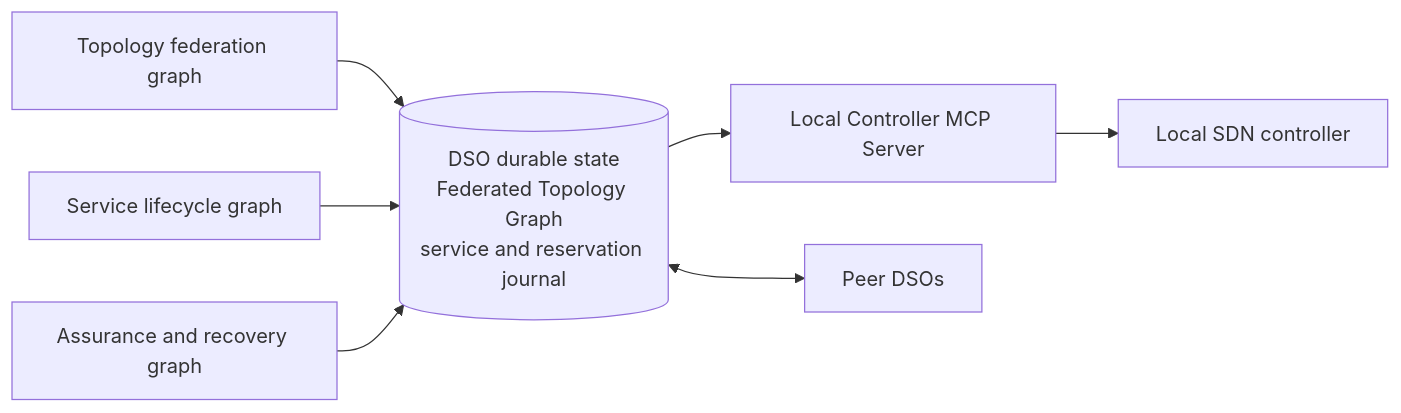
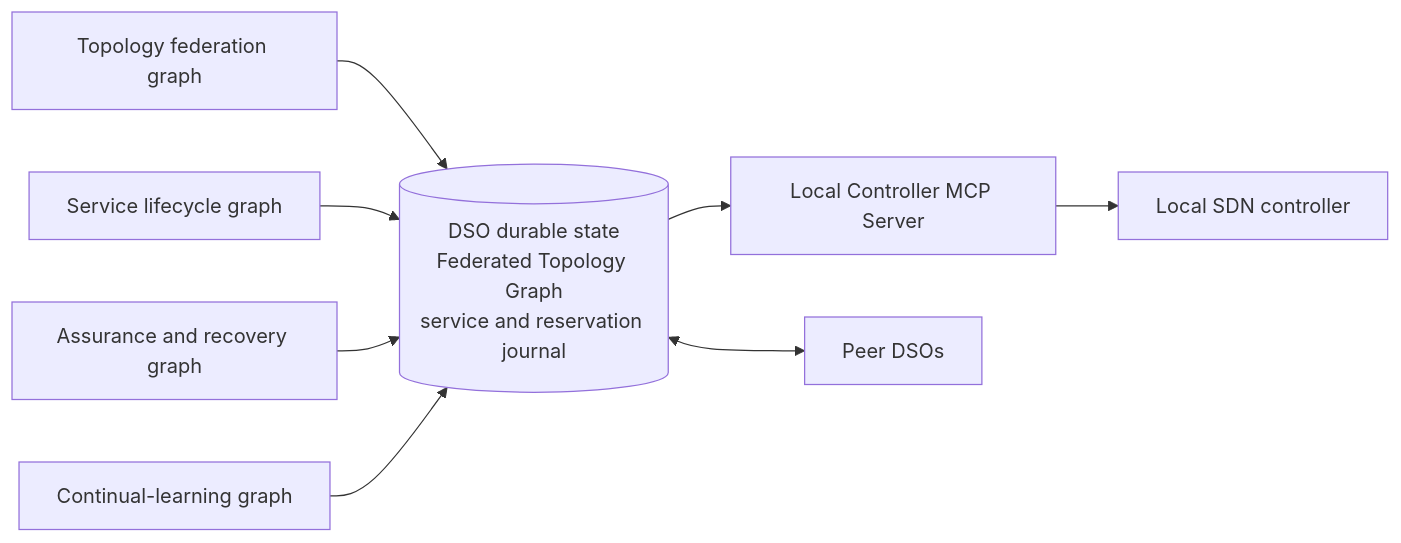
Diagram 14 of 21 in docs/domain-agent-architecture.md (allenabishekGithub/inter-domain-automatedNetworking), drawn with Mermaid before and after one commit. The commit also changed other lines of this file and 4 other files, not shown here.

````diff
--- a/docs/domain-agent-architecture.md
+++ b/docs/domain-agent-architecture.md
@@ -594,9 +756,10 @@
 ```mermaid
 flowchart LR
     T[Topology federation graph] --> G[(DSO durable state\nFederated Topology Graph\nservice and reservation journal)]
     S[Service lifecycle graph] --> G
     A[Assurance and recovery graph] --> G
+    L[Continual-learning graph] --> G
     G --> M[Local Controller MCP Server]
     M --> C[Local SDN controller]
     G <--> P[Peer DSOs]
 ```
````
